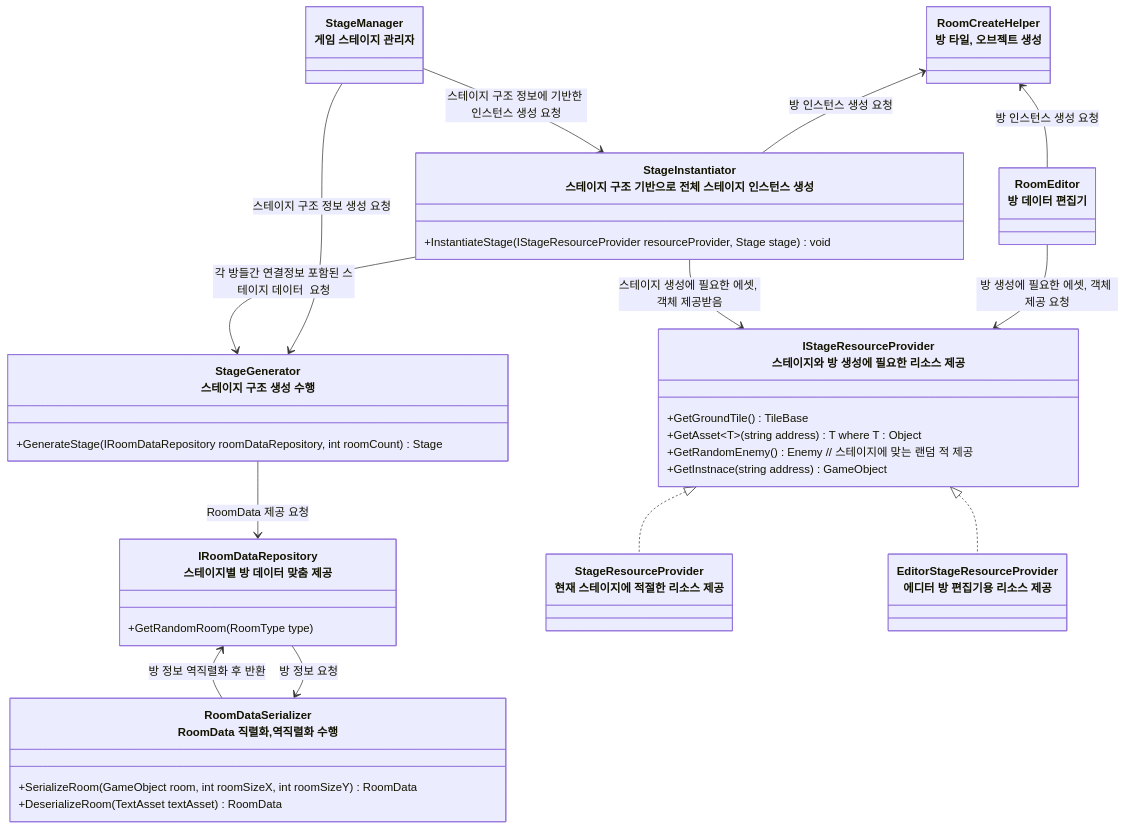
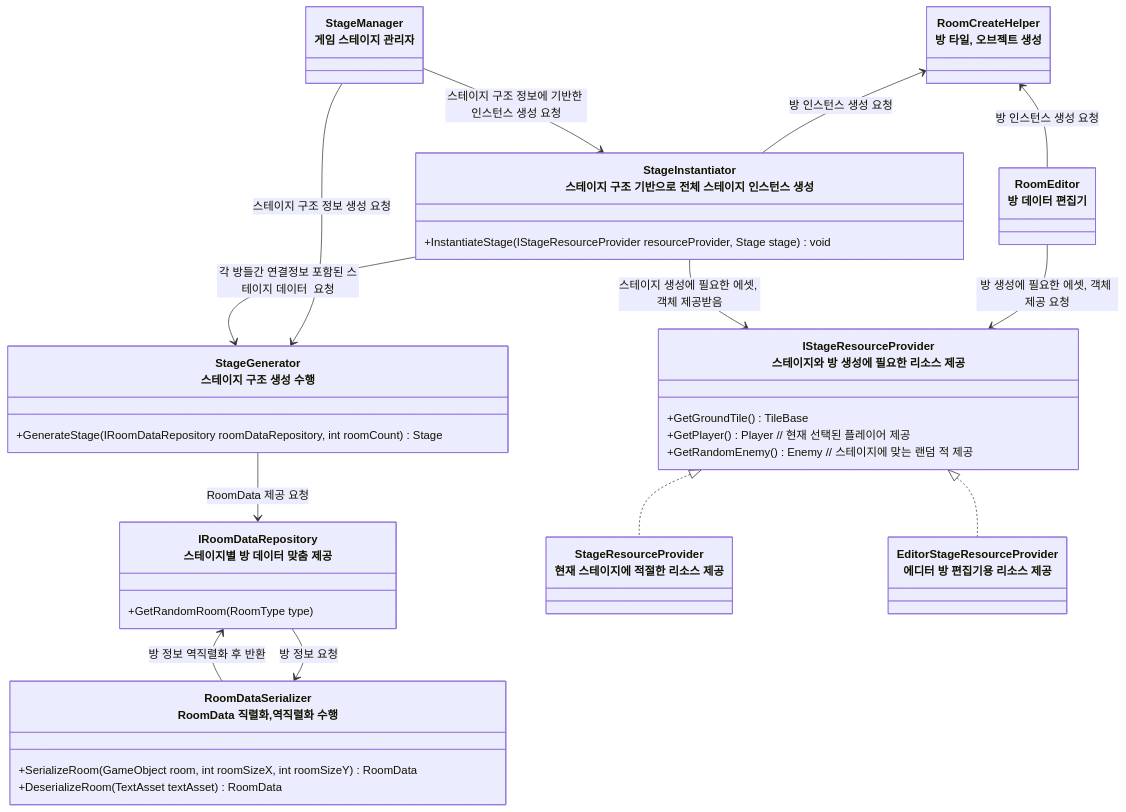
Before and after one commit to JIN5EOK/DungeonShooter: the second of 5 diagrams in Assets/_README/스테이지_설계.md, drawn with Mermaid. The commit also changed 5 other files, not shown here.

````diff
--- a/Assets/_README/스테이지_설계.md
+++ b/Assets/_README/스테이지_설계.md
@@ -78,50 +78,49 @@
 ```mermaid
 classDiagram
 
     class IRoomDataRepository["IRoomDataRepository<br>스테이지별 방 데이터 맞춤 제공"] {
         +GetRandomRoom(RoomType type)
     }
 
     class RoomDataSerializer["RoomDataSerializer<br>RoomData 직렬화,역직렬화 수행"]{
         +SerializeRoom(GameObject room, int roomSizeX, int roomSizeY) RoomData
         +DeserializeRoom(TextAsset textAsset) RoomData
     }
 
     class StageGenerator["StageGenerator<br>스테이지 구조 생성 수행"]{
         +GenerateStage(IRoomDataRepository roomDataRepository, int roomCount) Stage
     }
 
     class StageInstantiator["StageInstantiator<br>스테이지 구조 기반으로 전체 스테이지 인스턴스 생성"]{
         +InstantiateStage(IStageResourceProvider resourceProvider, Stage stage) void
     }
     
     class StageManager["StageManager<br>게임 스테이지 관리자"]{
     }
 
 
     class IStageResourceProvider["IStageResourceProvider<br>스테이지와 방 생성에 필요한 리소스 제공"]{
         +GetGroundTile() TileBase
-        +GetAsset~T~(string address) T where T : Object
+        +GetPlayer() Player // 현재 선택된 플레이어 제공
         +GetRandomEnemy() Enemy // 스테이지에 맞는 랜덤 적 제공
-        +GetInstnace(string address) GameObject
     }
 
     class RoomCreateHelper["RoomCreateHelper<br>방 타일, 오브젝트 생성"]
     class RoomEditor["RoomEditor<br>방 데이터 편집기"]
     class StageResourceProvider["StageResourceProvider<br>현재 스테이지에 적절한 리소스 제공"]
     class EditorStageResourceProvider["EditorStageResourceProvider<br>에디터 방 편집기용 리소스 제공"]
 
     RoomCreateHelper <-- StageInstantiator : 방 인스턴스 생성 요청
     RoomCreateHelper <-- RoomEditor : 방 인스턴스 생성 요청
     IStageResourceProvider <|.. StageResourceProvider
     IStageResourceProvider <|.. EditorStageResourceProvider
     RoomEditor --> IStageResourceProvider : 방 생성에 필요한 에셋, 객체 제공 요청
     StageInstantiator --> IStageResourceProvider : 스테이지 생성에 필요한 에셋, 객체 제공받음
     StageGenerator --> IRoomDataRepository : RoomData 제공 요청
     StageManager --> StageInstantiator : 스테이지 구조 정보에 기반한 인스턴스 생성 요청
     StageManager --> StageGenerator : 스테이지 구조 정보 생성 요청
 
     IRoomDataRepository --> RoomDataSerializer : 방 정보 요청
     RoomDataSerializer -->  IRoomDataRepository : 방 정보 역직렬화 후 반환
     StageInstantiator --> StageGenerator : 각 방들간 연결정보 포함된 스테이지 데이터  요청
 ```
````
